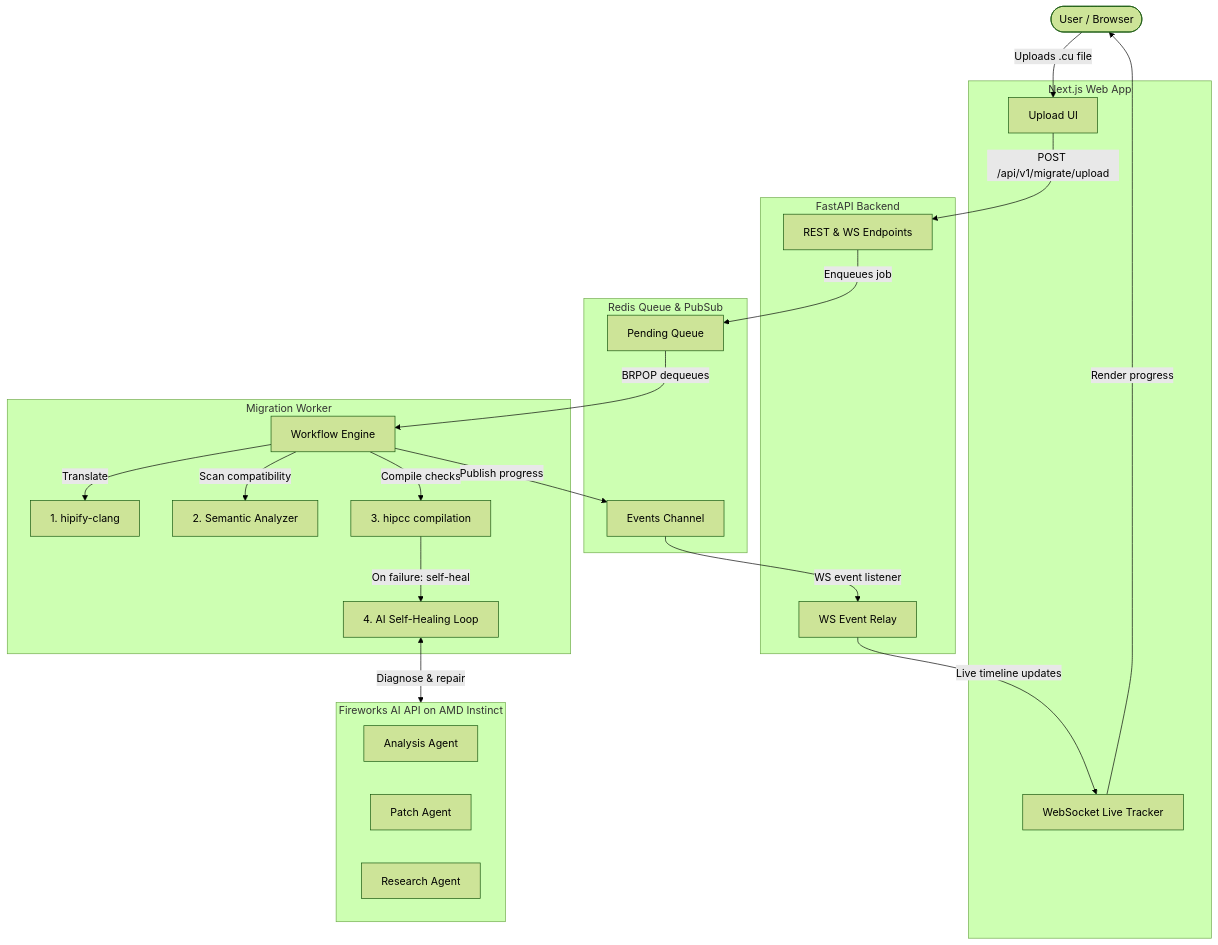
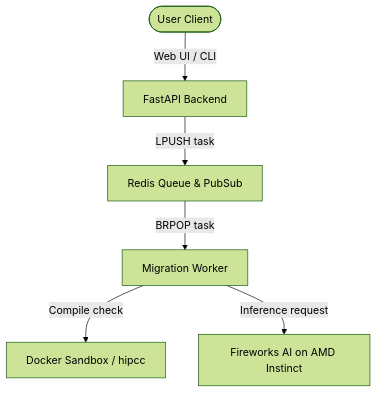
One commit to TMXDev/Hipforge changed the diagram in README.md. Above: the diagram before and after it, drawn with Mermaid (forest theme). The commit also changed other lines of this file and 9 other files, not shown here.

Commit message:
docs: refresh HIPForge architecture and validation guidance

````diff
--- a/README.md
+++ b/README.md
@@ -101,42 +46,8 @@
 ```mermaid
 graph TD
-    User([User / Browser])
-    subgraph Frontend [Next.js Web App]
-        UI[Upload UI]
-        WS[WebSocket Live Tracker]
-    end
-    subgraph Backend [FastAPI Backend]
-        API[REST & WS Endpoints]
-        WS_Relay[WS Event Relay]
-    end
-    subgraph Queue [Redis Queue & PubSub]
-        PendingQueue[Pending Queue]
-        EventsChannel[Events Channel]
-    end
-    subgraph Worker [Migration Worker]
-        Engine[Workflow Engine]
-        HIPIFY[1. hipify-clang]
-        SCA[2. Semantic Analyzer]
-        COMPILING[3. hipcc compilation]
-        AI_Loop[4. AI Self-Healing Loop]
-    end
-    subgraph AI [Fireworks AI API on AMD Instinct]
-        AnalysisAgent[Analysis Agent]
-        PatchAgent[Patch Agent]
-        ResearchAgent[Research Agent]
-    end
-
-    User -->|Uploads .cu file| UI
-    UI -->|POST /api/v1/migrate/upload| API
-    API -->|Enqueues job| PendingQueue
-    PendingQueue -->|BRPOP dequeues| Engine
-    Engine -->|Translate| HIPIFY
-    Engine -->|Scan compatibility| SCA
-    Engine -->|Compile checks| COMPILING
-    COMPILING -->|On failure: self-heal| AI_Loop
-    AI_Loop <-->|Diagnose & repair| AI
-    Engine -->|Publish progress| EventsChannel
-    EventsChannel -->|WS event listener| WS_Relay
-    WS_Relay -->|Live timeline updates| WS
-    WS -->|Render progress| User
+    User([User Client]) -->|Web UI / CLI| Backend[FastAPI Backend]
+    Backend -->|LPUSH task| Redis[Redis Queue & PubSub]
+    Redis -->|BRPOP task| Worker[Migration Worker]
+    Worker -->|Compile check| Sandbox[Docker Sandbox / hipcc]
+    Worker -->|Inference request| Fireworks[Fireworks AI on AMD Instinct]
 ```
````
